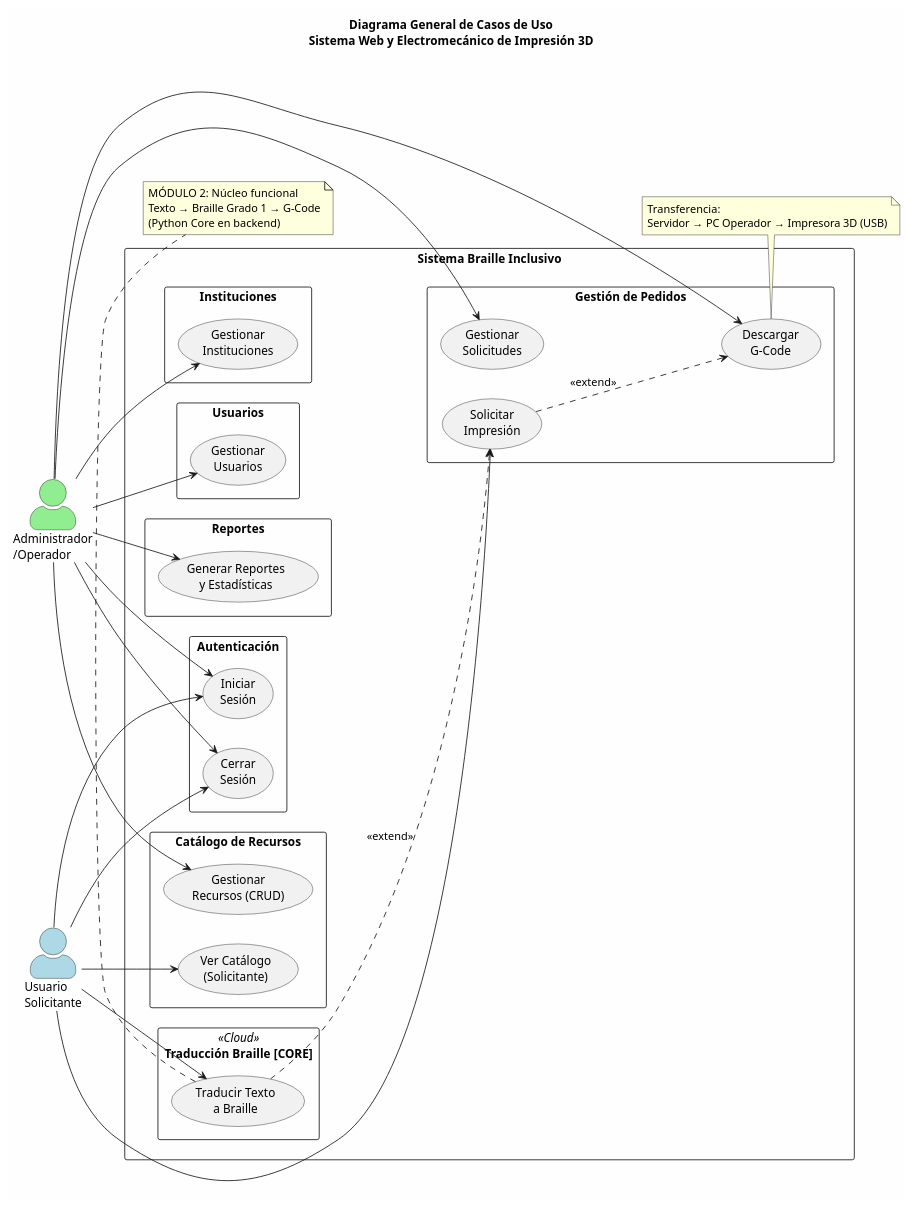
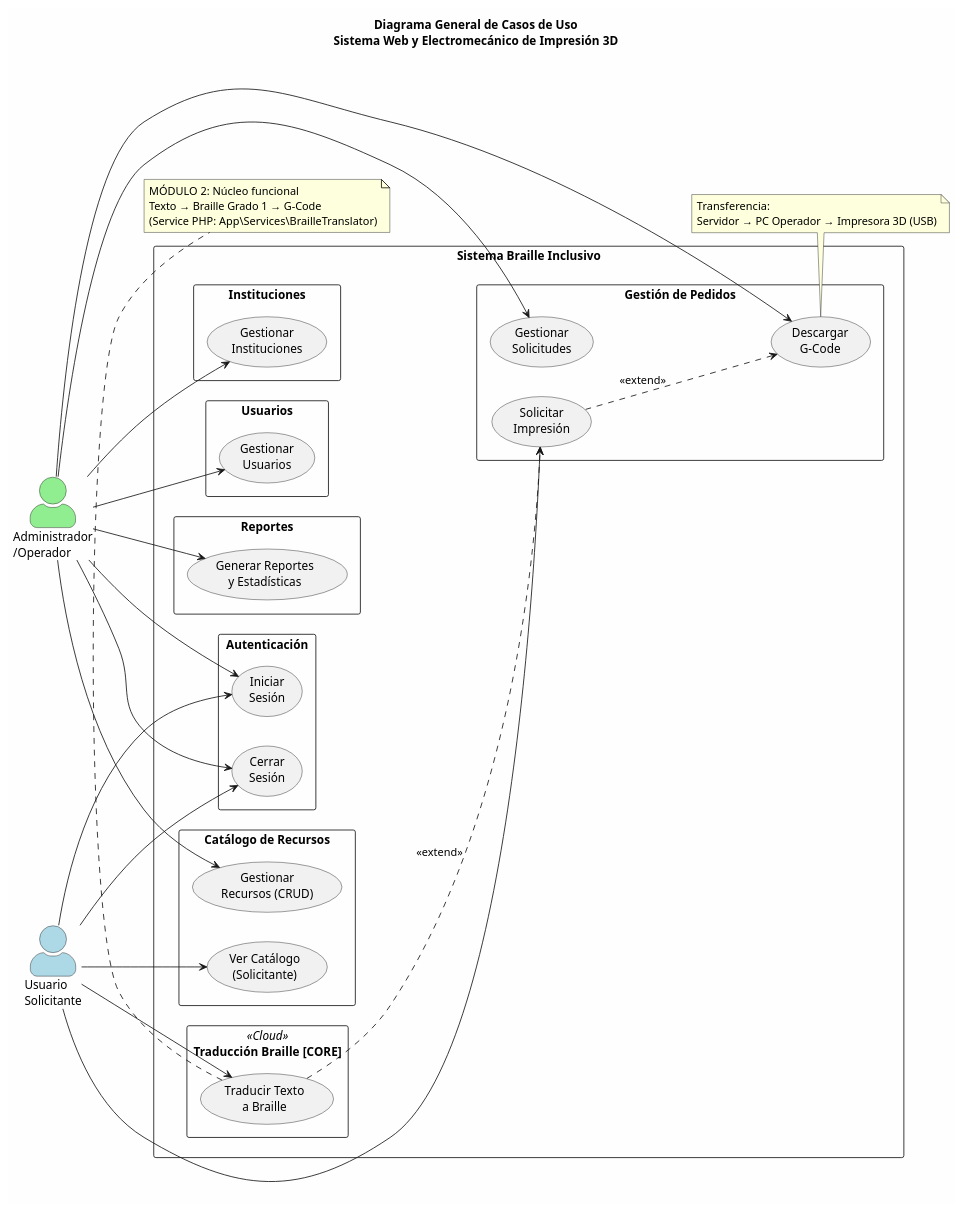
One commit to ArlTechDev/sistema-3d-inclusivo changed the diagram in docs/casos_de_uso/plantuml/UC00_diagrama_general.puml. Above: the diagram before and after it, drawn with PlantUML. The commit also changed 16 other files, not shown here.

Commit message:
docs: corregir fuentes PlantUML (Python→PHP, motores x4, UC-10, estados, ERD) y re-renderizar PNG; informe de consistencia 14

```diff
--- a/docs/casos_de_uso/plantuml/UC00_diagrama_general.puml
+++ b/docs/casos_de_uso/plantuml/UC00_diagrama_general.puml
@@ -1,96 +1,96 @@
 @startuml UC00_Diagrama_General
 ' =============================================
 ' UC-00: Diagrama General del Sistema
 ' Sistema Braille Inclusivo — PSCP
 ' =============================================
 
 left to right direction
 skinparam actorStyle awesome
 skinparam packageStyle rectangle
 skinparam backgroundColor #FEFEFE
 skinparam shadowing false
 skinparam defaultFontName "Segoe UI"
 
 title Diagrama General de Casos de Uso\nSistema Web y Electromecánico de Impresión 3D
 
 ' === ACTORES ===
 actor "Usuario\nSolicitante" as S #LightBlue
 actor "Administrador\n/Operador" as A #LightGreen
 
 ' === SISTEMA ===
 rectangle "Sistema Braille Inclusivo" as SYS {
 
     ' -- Autenticación --
     package "Autenticación" {
         usecase "Iniciar\nSesión" as UC01a
         usecase "Cerrar\nSesión" as UC01b
     }
 
     ' -- Catálogo --
     package "Catálogo de Recursos" {
         usecase "Ver Catálogo\n(Solicitante)" as UC03
         usecase "Gestionar\nRecursos (CRUD)" as UC02
     }
 
     ' -- Instituciones --
     package "Instituciones" {
         usecase "Gestionar\nInstituciones" as UC04
     }
 
     ' -- Usuarios --
     package "Usuarios" {
         usecase "Gestionar\nUsuarios" as UC05
     }
 
     ' -- Traducción (CORE) --
     package "Traducción Braille [CORE]" <<Cloud>> {
         usecase "Traducir Texto\na Braille" as UC06
     }
 
     ' -- Solicitudes --
     package "Gestión de Pedidos" {
         usecase "Solicitar\nImpresión" as UC07
         usecase "Gestionar\nSolicitudes" as UC08
         usecase "Descargar\nG-Code" as UC09
     }
 
     ' -- Reportes --
     package "Reportes" {
         usecase "Generar Reportes\ny Estadísticas" as UC10
     }
 }
 
 ' === CONEXIONES SOLICITANTE ===
 S --> UC01a
 S --> UC01b
 S --> UC03
 S --> UC06
 S --> UC07
 
 ' === CONEXIONES ADMINISTRADOR ===
 A --> UC01a
 A --> UC01b
 A --> UC02
 A --> UC04
 A --> UC05
 A --> UC08
 A --> UC09
 A --> UC10
 
 ' === RELACIONES ===
 UC06 ..> UC07 : <<extend>>
 UC07 ..> UC09 : <<extend>>
 
 ' === NOTAS ===
 note bottom of UC06
   MÓDULO 2: Núcleo funcional
   Texto → Braille Grado 1 → G-Code
-  (Python Core en backend)
+  (Service PHP: App\Services\BrailleTranslator)
 end note
 
 note bottom of UC09
   Transferencia:
   Servidor → PC Operador → Impresora 3D (USB)
 end note
 
 @enduml
```
